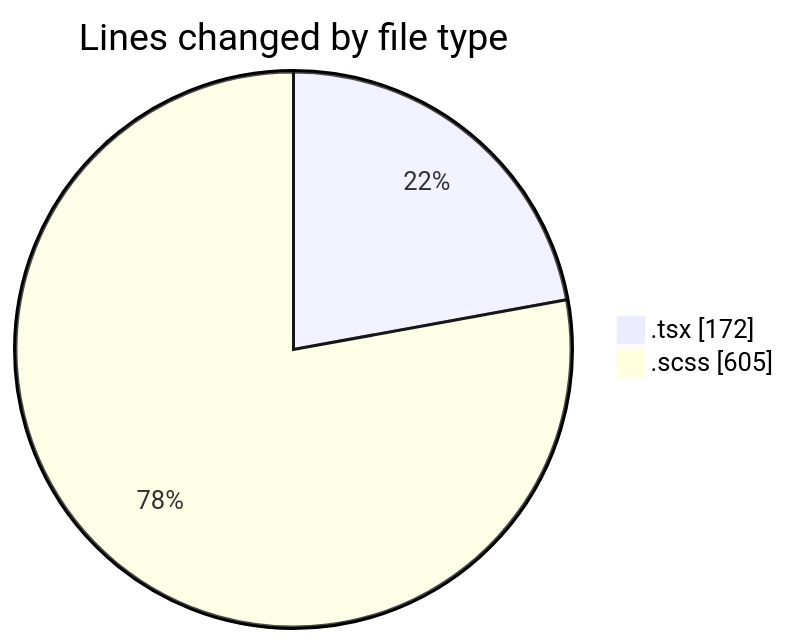
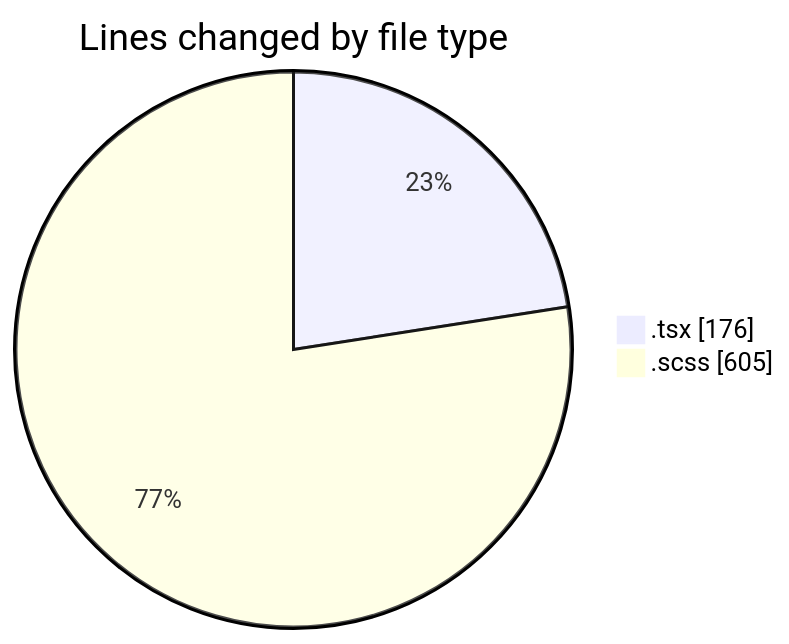
One commit to momahboobian/code-tracking changed the first of 2 diagrams in 2025-03-27/cda/README.md. Above: the diagram before and after it, drawn with Mermaid. The commit also changed other lines of this file and 1 other file, not shown here.

````diff
--- a/2025-03-27/cda/README.md
+++ b/2025-03-27/cda/README.md
@@ -21,6 +21,6 @@
 ```mermaid
 pie showData
 title Lines changed by file type
-".tsx" : 172
+".tsx" : 176
 ".scss" : 605
 ```
````
